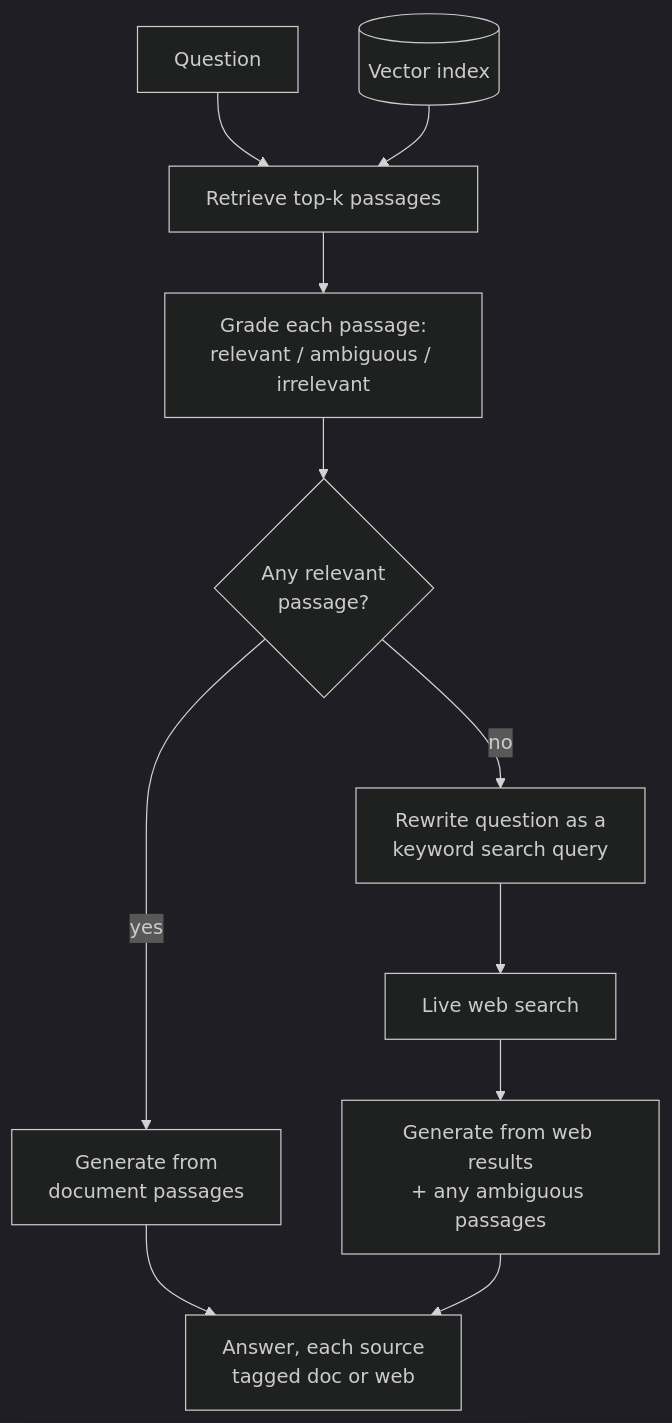
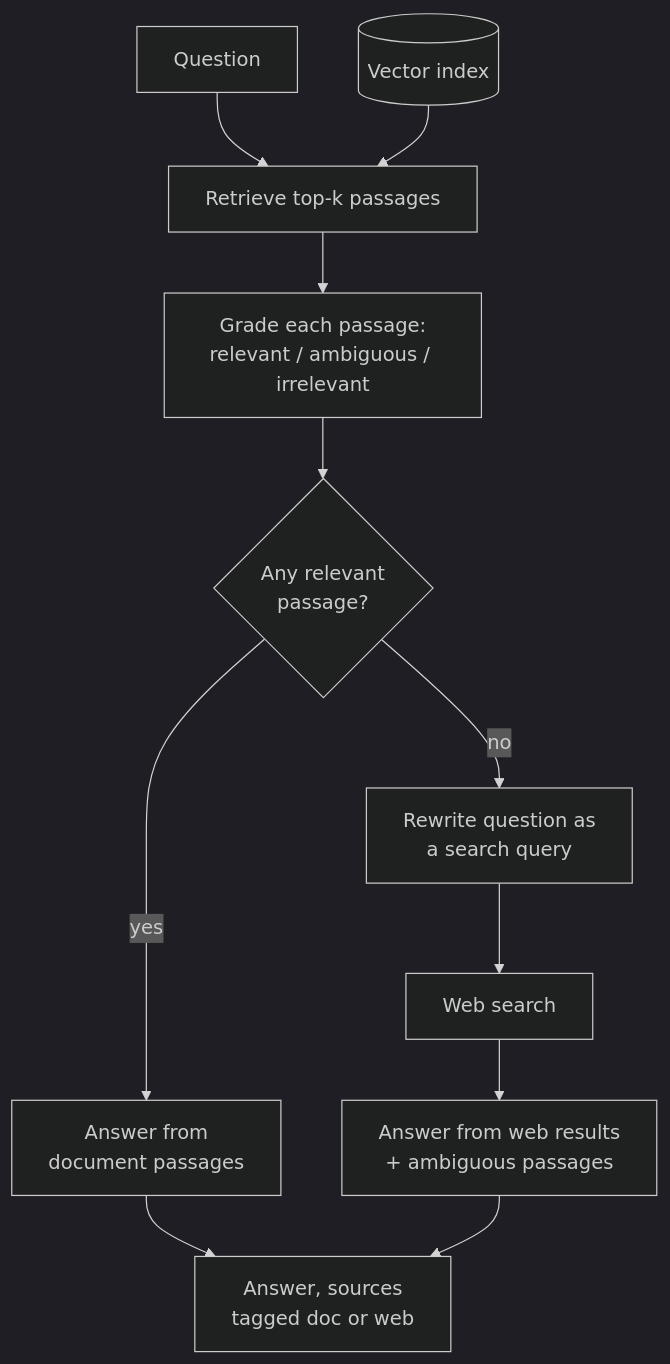
Before and after one commit to jjaaxx44/genai-personal-lab-rag: the second of 2 diagrams in app/demos/rag/crag/README.md, drawn with Mermaid (dark theme). The commit also changed other lines of this file and 32 other files, not shown here.

````diff
--- a/app/demos/rag/crag/README.md
+++ b/app/demos/rag/crag/README.md
@@ -28,13 +20,13 @@
 ```mermaid
 flowchart TD
   Q["Question"] --> R["Retrieve top-k passages"]
   I[("Vector index")] --> R
   R --> G["Grade each passage:<br/>relevant / ambiguous / irrelevant"]
   G --> D{"Any relevant<br/>passage?"}
-  D -->|"yes"| GEN["Generate from<br/>document passages"]
-  D -->|"no"| RW["Rewrite question as a<br/>keyword search query"]
-  RW --> WS["Live web search"]
-  WS --> GEN2["Generate from web results<br/>+ any ambiguous passages"]
-  GEN --> A["Answer, each source<br/>tagged doc or web"]
+  D -->|"yes"| GEN["Answer from<br/>document passages"]
+  D -->|"no"| RW["Rewrite question as<br/>a search query"]
+  RW --> WS["Web search"]
+  WS --> GEN2["Answer from web results<br/>+ ambiguous passages"]
+  GEN --> A["Answer, sources<br/>tagged doc or web"]
   GEN2 --> A
 ```
````
